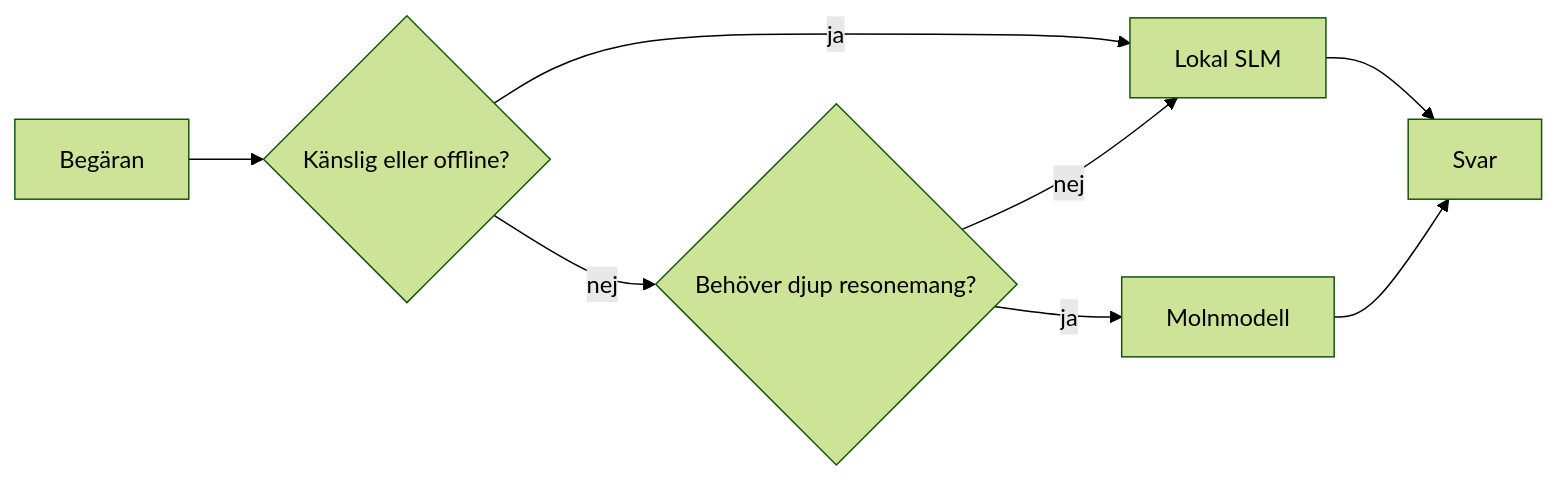
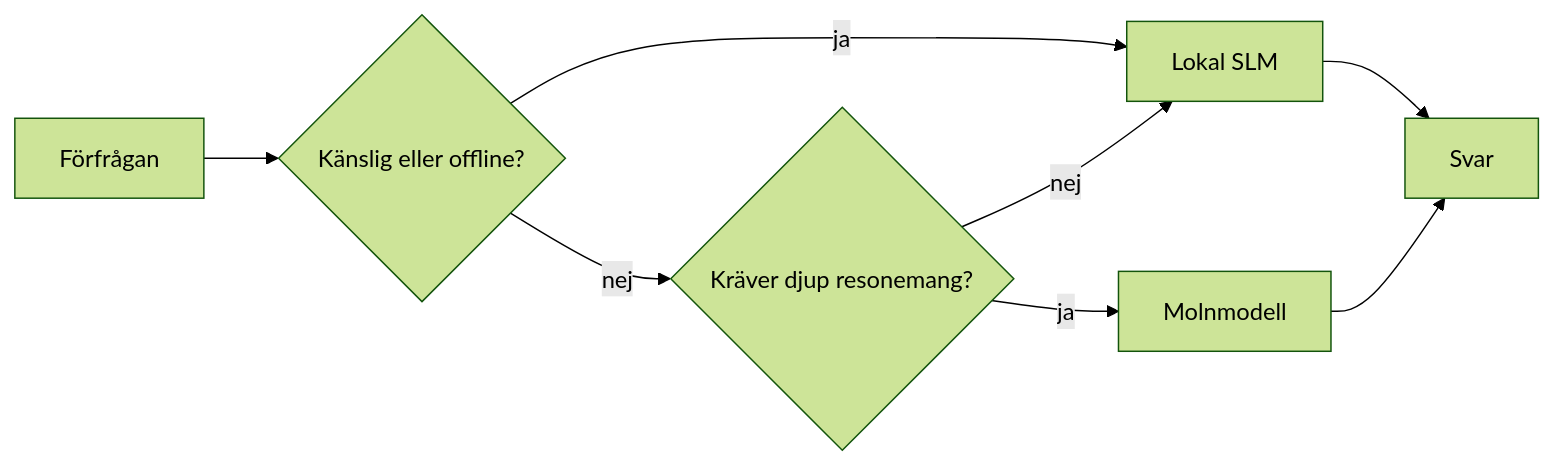
The fourth of 4 diagrams in translations/sv/17-creating-local-ai-agents/README.md (microsoft/ai-agents-for-beginners), drawn with Mermaid (forest theme) before and after one commit. The commit also changed other lines of this file and 46 other files, not shown here.

````diff
--- a/translations/sv/17-creating-local-ai-agents/README.md
+++ b/translations/sv/17-creating-local-ai-agents/README.md
@@ -156,10 +156,10 @@
 ```mermaid
 flowchart LR
-    Q[Begäran] --> S{Känslig eller offline?}
+    Q[Förfrågan] --> S{Känslig eller offline?}
     S -->|ja| L[Lokal SLM]
-    S -->|nej| C{Behöver djup resonemang?}
+    S -->|nej| C{Kräver djup resonemang?}
     C -->|nej| L
     C -->|ja| Cloud[Molnmodell]
     L --> Out[Svar]
     Cloud --> Out
 ```
````
